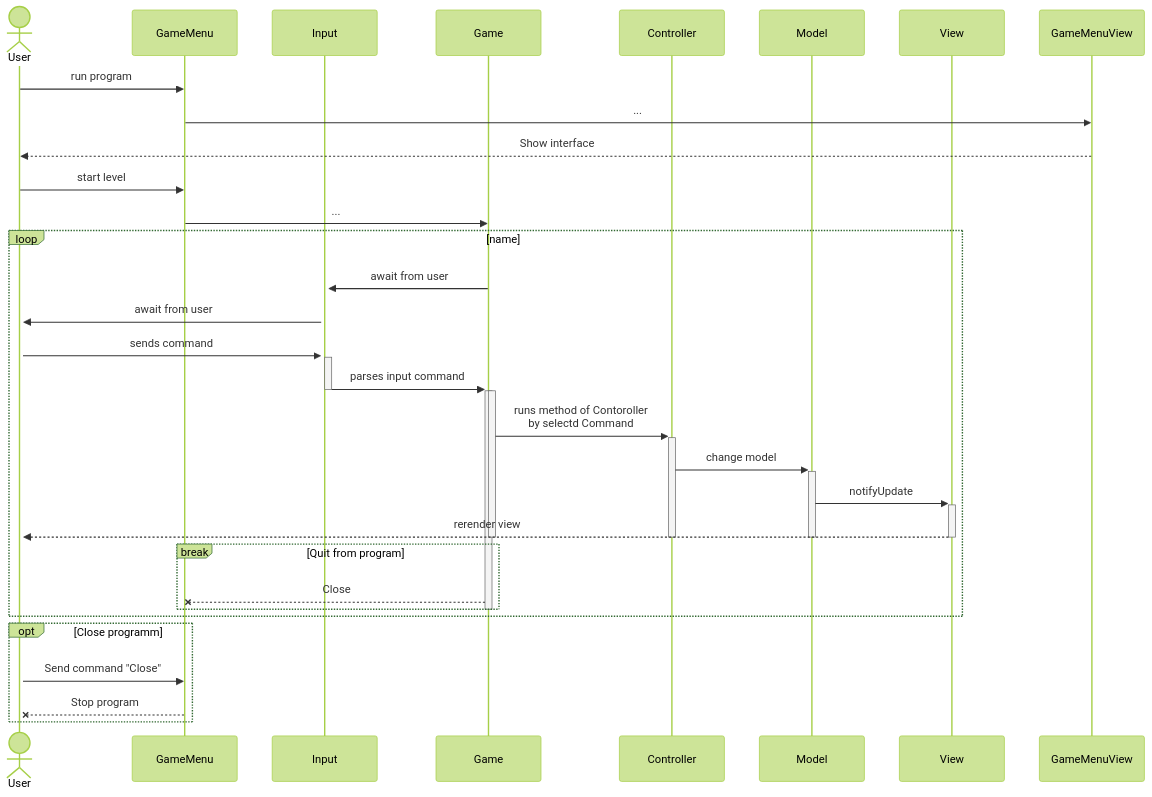
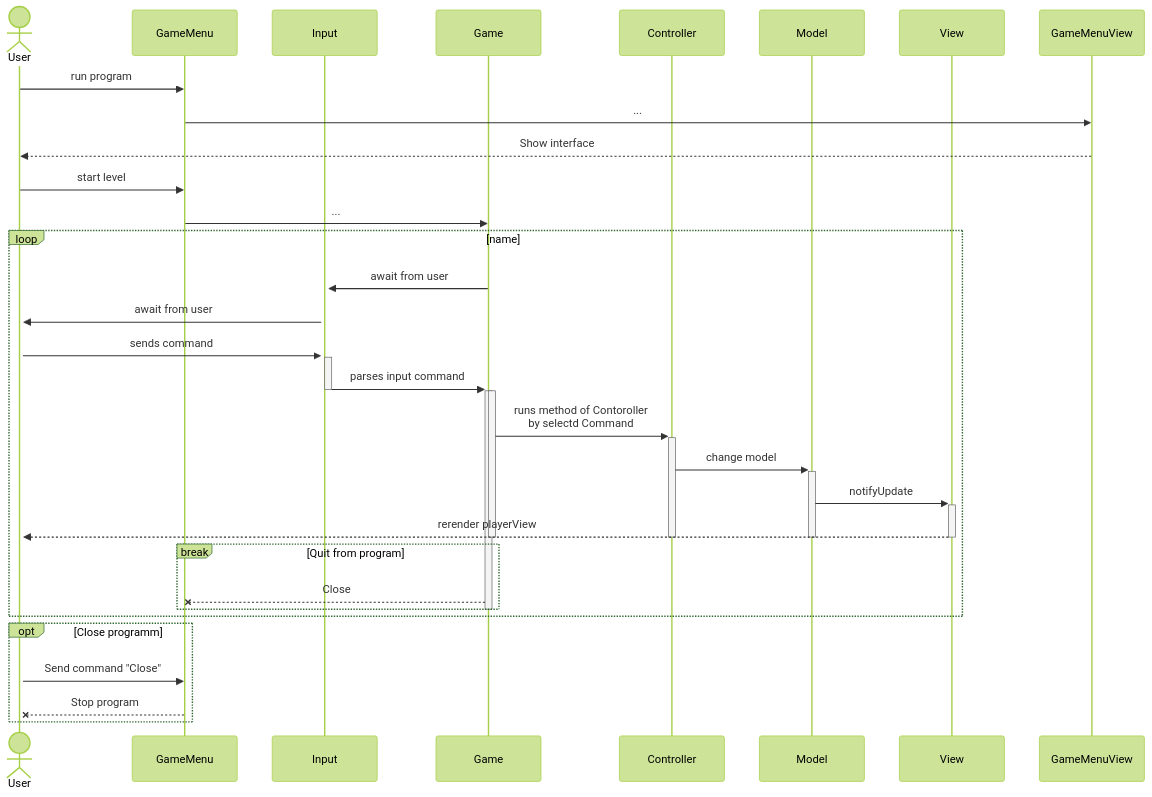
The second of 2 diagrams in class.md (TeUm3048/oop_zhandirych), drawn with Mermaid (forest theme) before and after one commit. The commit also changed 29 other files, not shown here.

````diff
--- a/class.md
+++ b/class.md
@@ -180,43 +180,43 @@
 ```mermaid
 sequenceDiagram
     actor User
     participant GameMenu
     participant Input
     participant Game
     participant Controller
     participant Model
     participant View
     User ->> GameMenu: run program
     GameMenu ->> GameMenuView: ...
     GameMenuView -->> User: Show interface
     User ->> GameMenu: start level
     GameMenu ->> Game: ...
     loop name
         Game ->>+ Input: await from user
         Input ->>+ User: await from user
         User ->>+ Input: sends command
         Input ->>+ Game: parses input command
         deactivate Input
         activate Game
         Game ->>+ Controller: runs method of Contoroller<br> by selectd Command
         Controller ->>+ Model: change model
         Model ->>+ View: notifyUpdate
-        View -->>- User: rerender view
+        View -->>- User: rerender playerView
         deactivate Controller
         deactivate Model
         deactivate Game
 
         break Quit from program
             Game --x GameMenu: Close
 
 
         end
         deactivate Game
 
     end
 
     opt Close programm
         User ->> GameMenu: Send command "Close"
         GameMenu --x User: Stop program
     end
 ```
````
